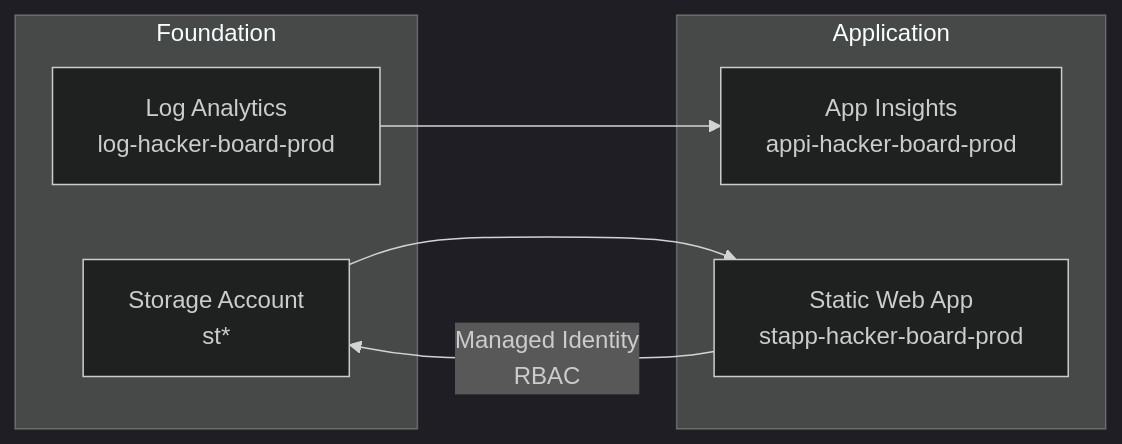
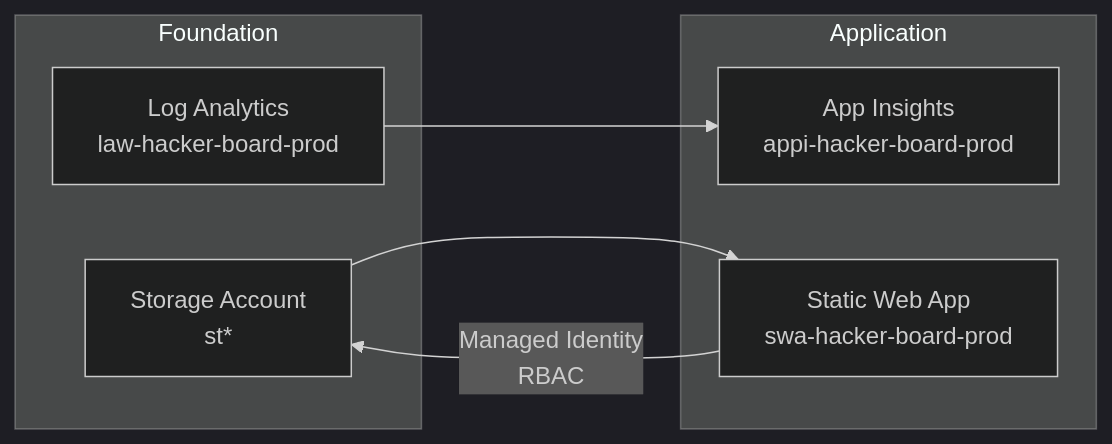
The second of 3 diagrams in docs/deployment-guide.md (jonathan-vella/hacker-board), drawn with Mermaid (dark theme) before and after one commit. The commit also changed other lines of this file and 3 other files, not shown here.

````diff
--- a/docs/deployment-guide.md
+++ b/docs/deployment-guide.md
@@ -99,16 +99,16 @@
 ```mermaid
 graph LR
     subgraph Foundation
-        LA[Log Analytics<br/>log-hacker-board-prod]
+        LA[Log Analytics<br/>law-hacker-board-prod]
         SA[Storage Account<br/>st*]
     end
 
     subgraph Application
         AI[App Insights<br/>appi-hacker-board-prod]
-        SWA[Static Web App<br/>stapp-hacker-board-prod]
+        SWA[Static Web App<br/>swa-hacker-board-prod]
     end
 
     LA --> AI
     SA --> SWA
     SWA -->|Managed Identity<br/>RBAC| SA
 ```
````
